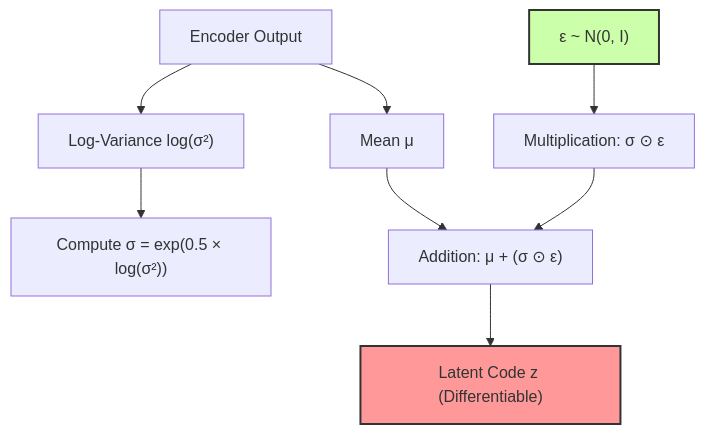
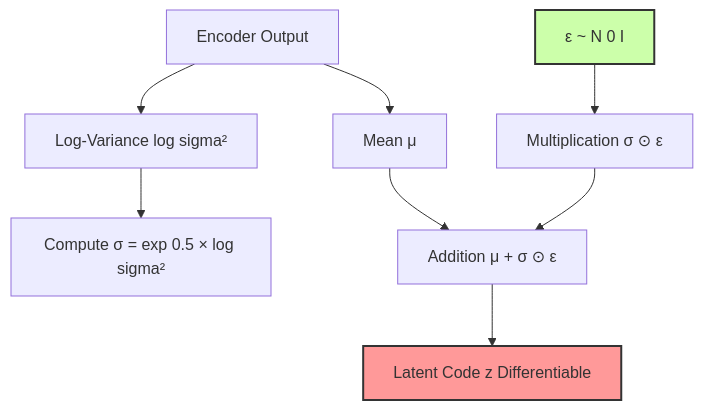
Before and after one commit to gopikrishtummala/gopikrishtummala.github.io: the second of 4 diagrams in src/data/blog/variational-autoencoders-from-compression-to-creation.md, drawn with Mermaid. The commit also changed other lines of this file, not shown here.

Commit message:
Fix Mermaid syntax errors: remove problematic quotes, parentheses, and colons

````diff
--- a/src/data/blog/variational-autoencoders-from-compression-to-creation.md
+++ b/src/data/blog/variational-autoencoders-from-compression-to-creation.md
@@ -136,16 +136,16 @@
 ```mermaid
 graph TD
-    A[Encoder Output] --> A1["Mean μ"]
-    A[Encoder Output] --> A2["Log-Variance log(σ²)"];
+    A[Encoder Output] --> A1[Mean μ]
+    A[Encoder Output] --> A2[Log-Variance log sigma²]
 
-    A2 --> B["Compute σ = exp(0.5 × log(σ²))"];
+    A2 --> B[Compute σ = exp 0.5 × log sigma²]
     
-    C["ε ~ N(0, I)"] --> D["Multiplication: σ ⊙ ε"];
+    C[ε ~ N 0 I] --> D[Multiplication σ ⊙ ε]
     
-    A1 --> E["Addition: μ + (σ ⊙ ε)"];
-    D --> E;
+    A1 --> E[Addition μ + σ ⊙ ε]
+    D --> E
     
-    E --> F["Latent Code z (Differentiable)"];
-    style C fill:#cfa,stroke:#333,stroke-width:2px;
-    style F fill:#f99,stroke:#333,stroke-width:2px;
+    E --> F[Latent Code z Differentiable]
+    style C fill:#cfa,stroke:#333,stroke-width:2px
+    style F fill:#f99,stroke:#333,stroke-width:2px
 ```
````
